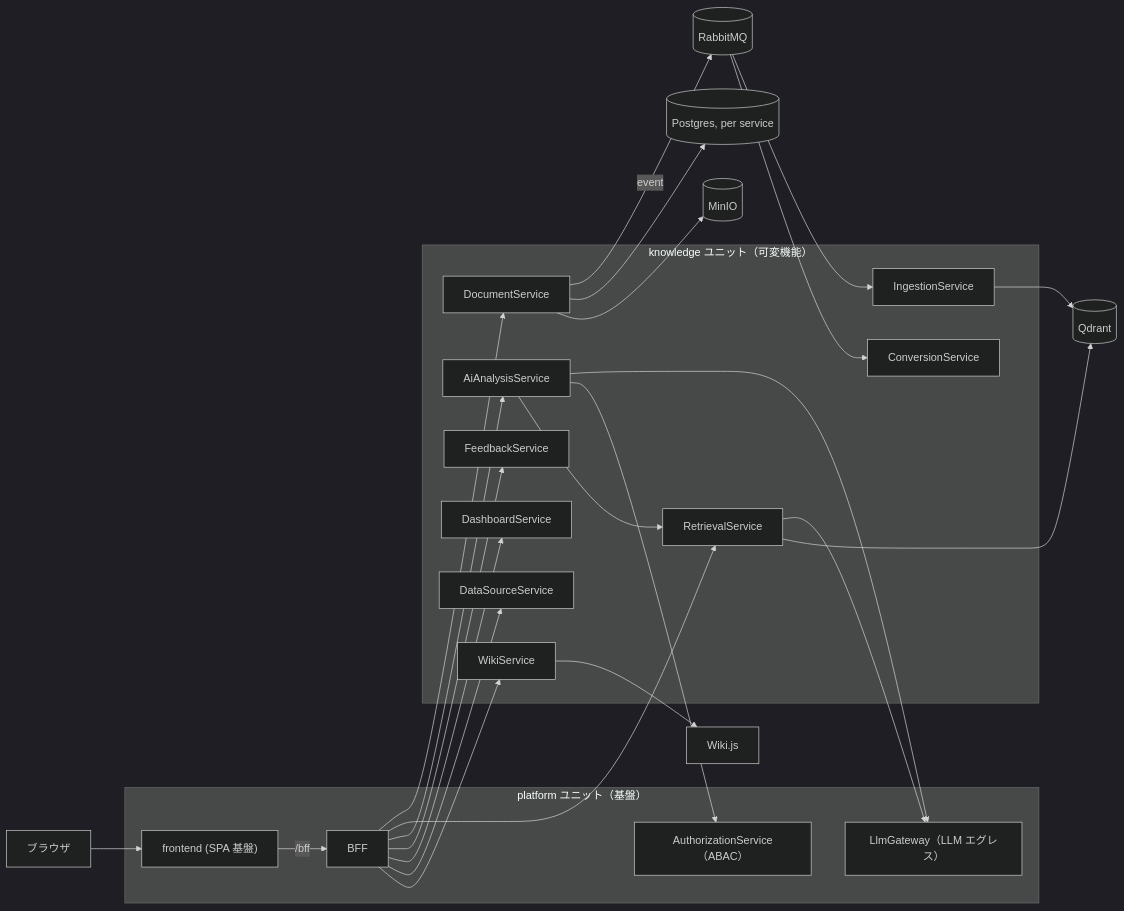
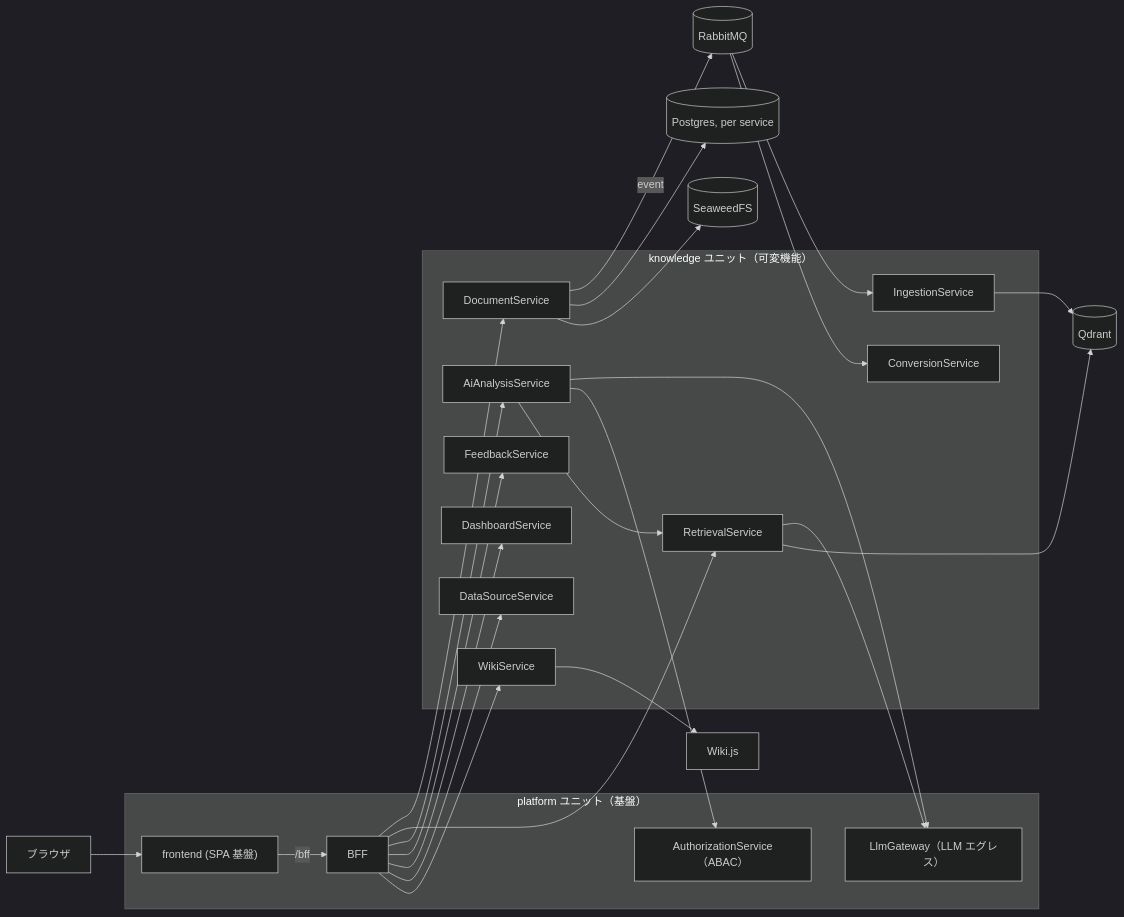
One commit to endazon/microservices-platform changed the diagram in README.md. Above: the diagram before and after it, drawn with Mermaid (dark theme). The commit also changed 44 other files, not shown here.

First line of the commit message:
docs(FR-06,ADR-0015,ADR-0106,IADR-0464): MinIO を指す文書・コード内コメント・単体試験の値を SeaweedFS へ追随させ、稼働クラスタの切替 Runbook を足す

````diff
--- a/README.md
+++ b/README.md
@@ -25,34 +25,34 @@
 ```mermaid
 flowchart LR
   subgraph platform["platform ユニット（基盤）"]
     FE["frontend (SPA 基盤)"]
     BFF["BFF"]
     AUTHZ["AuthorizationService（ABAC）"]
     LLM["LlmGateway（LLM エグレス）"]
   end
   subgraph knowledge["knowledge ユニット（可変機能）"]
     DOC["DocumentService"]
     DS["DataSourceService"]
     CONV["ConversionService"]
     ING["IngestionService"]
     RET["RetrievalService"]
     AI["AiAnalysisService"]
     WIKI["WikiService"]
     FB["FeedbackService"]
     DASH["DashboardService"]
   end
   User[ブラウザ] --> FE
   FE -->|/bff| BFF
   BFF --> DOC & RET & AI & FB & DASH & DS & WIKI
   RET --> LLM
   AI --> LLM
   AI --> AUTHZ
   AI --> RET
   DOC -->|event| RMQ[(RabbitMQ)]
   RMQ --> ING & CONV
   ING --> QD[(Qdrant)]
   RET --> QD
   WIKI --> WJS[Wiki.js]
   DOC --> PG[(Postgres, per service)]
-  DOC --> MINIO[(MinIO)]
+  DOC --> OBJ[(SeaweedFS)]
 ```
````
